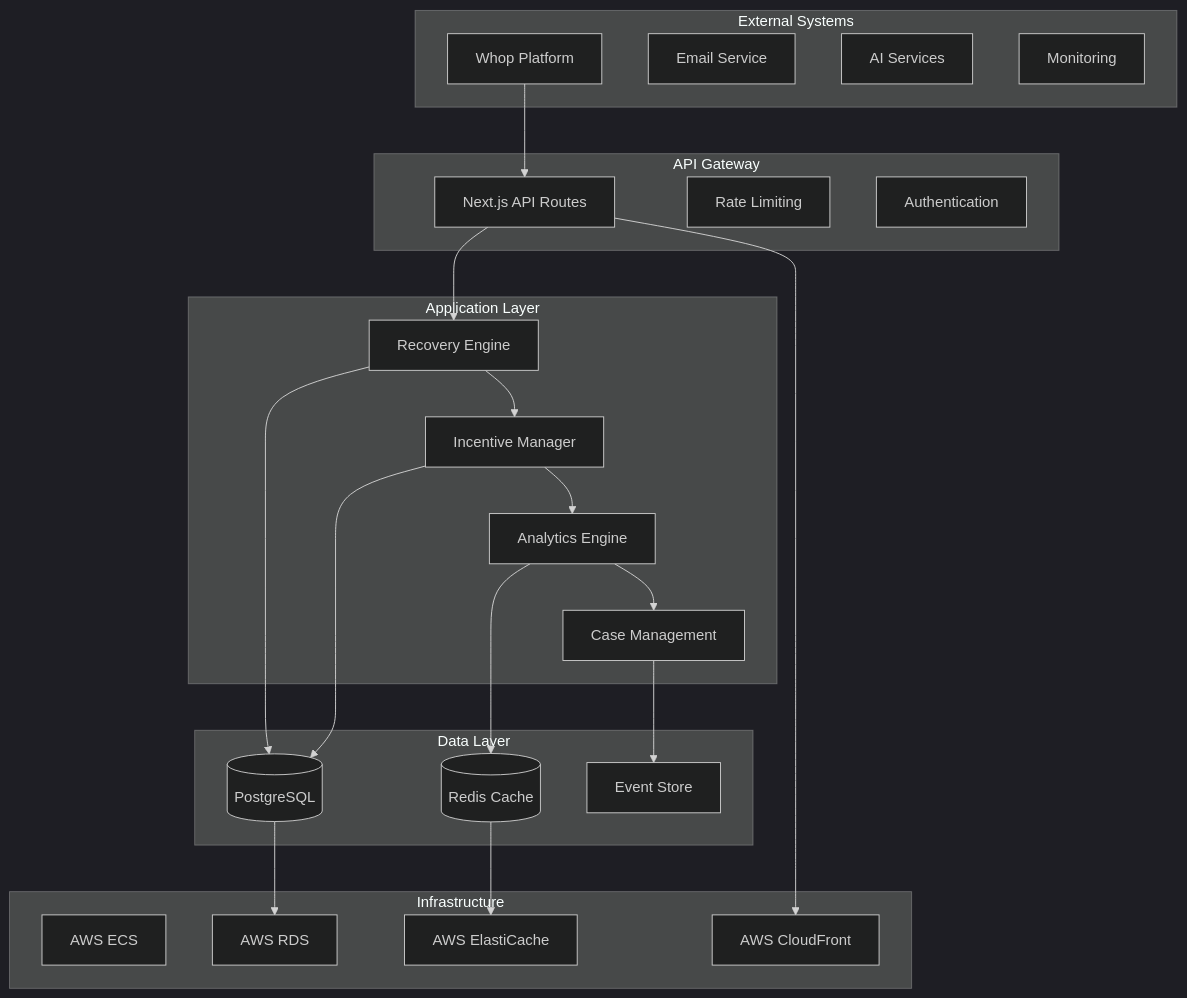
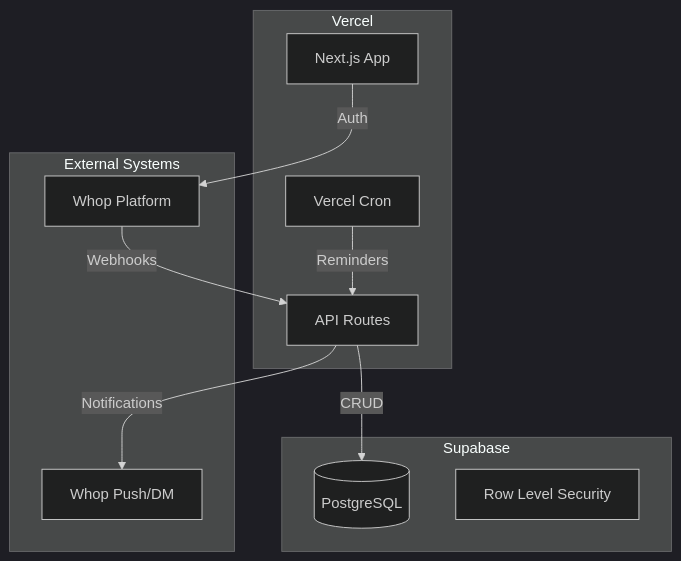
The diagram in docs/getting-started/architecture.md (Danservfinn/churnsaver), drawn with Mermaid (dark theme) before and after one commit. The commit also changed other lines of this file and 214 other files, not shown here.

````diff
--- a/docs/getting-started/architecture.md
+++ b/docs/getting-started/architecture.md
@@ -7,48 +7,24 @@
 ```mermaid
 graph TB
     subgraph "External Systems"
         A[Whop Platform]
-        B[Email Service]
-        C[AI Services]
-        D[Monitoring]
+        B[Whop Push/DM]
     end
 
-    subgraph "API Gateway"
-        E[Next.js API Routes]
-        F[Rate Limiting]
-        G[Authentication]
+    subgraph "Vercel"
+        C[Next.js App]
+        D[API Routes]
+        E[Vercel Cron]
     end
 
-    subgraph "Application Layer"
-        H[Recovery Engine]
-        I[Incentive Manager]
-        J[Analytics Engine]
-        K[Case Management]
+    subgraph "Supabase"
+        F[(PostgreSQL)]
+        G[Row Level Security]
     end
 
-    subgraph "Data Layer"
-        L[(PostgreSQL)]
-        M[(Redis Cache)]
-        N[Event Store]
-    end
-
-    subgraph "Infrastructure"
-        O[AWS ECS]
-        P[AWS RDS]
-        Q[AWS ElastiCache]
-        R[AWS CloudFront]
-    end
-
-    A --> E
-    E --> H
-    H --> I
-    I --> J
-    J --> K
-    H --> L
-    I --> L
-    J --> M
-    K --> N
-    L --> P
-    M --> Q
-    E --> R
+    A -->|Webhooks| D
+    D -->|CRUD| F
+    E -->|Reminders| D
+    D -->|Notifications| B
+    C -->|Auth| A
 ```
````
